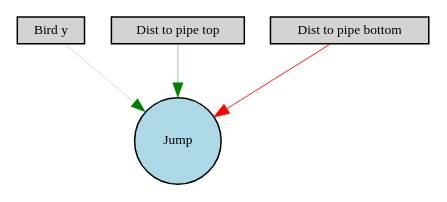
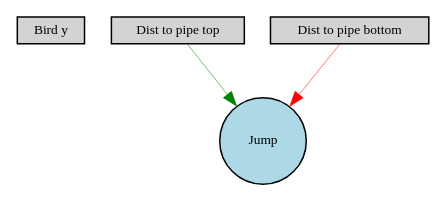
Before and after one commit to AlexGarciaG/FlappyBirdAI: the diagram in Digraph.gv, drawn with Graphviz. The commit also changed 4 other files, not shown here.

```diff
--- a/Digraph.gv
+++ b/Digraph.gv
@@ -1,10 +1,9 @@
 digraph {
 	node [fontsize=9 height=0.2 shape=circle width=0.2]
 	"Bird y" [fillcolor=lightgray shape=box style=filled]
 	"Dist to pipe top" [fillcolor=lightgray shape=box style=filled]
 	"Dist to pipe bottom" [fillcolor=lightgray shape=box style=filled]
 	Jump [fillcolor=lightblue style=filled]
-	"Bird y" -> Jump [color=green penwidth=0.14972295645345052 style=solid]
-	"Dist to pipe top" -> Jump [color=green penwidth=0.293103234117168 style=solid]
-	"Dist to pipe bottom" -> Jump [color=red penwidth=0.5879091160715969 style=solid]
+	"Dist to pipe top" -> Jump [color=green penwidth=0.3577543895861801 style=solid]
+	"Dist to pipe bottom" -> Jump [color=red penwidth=0.34593712488839473 style=solid]
 }
```
